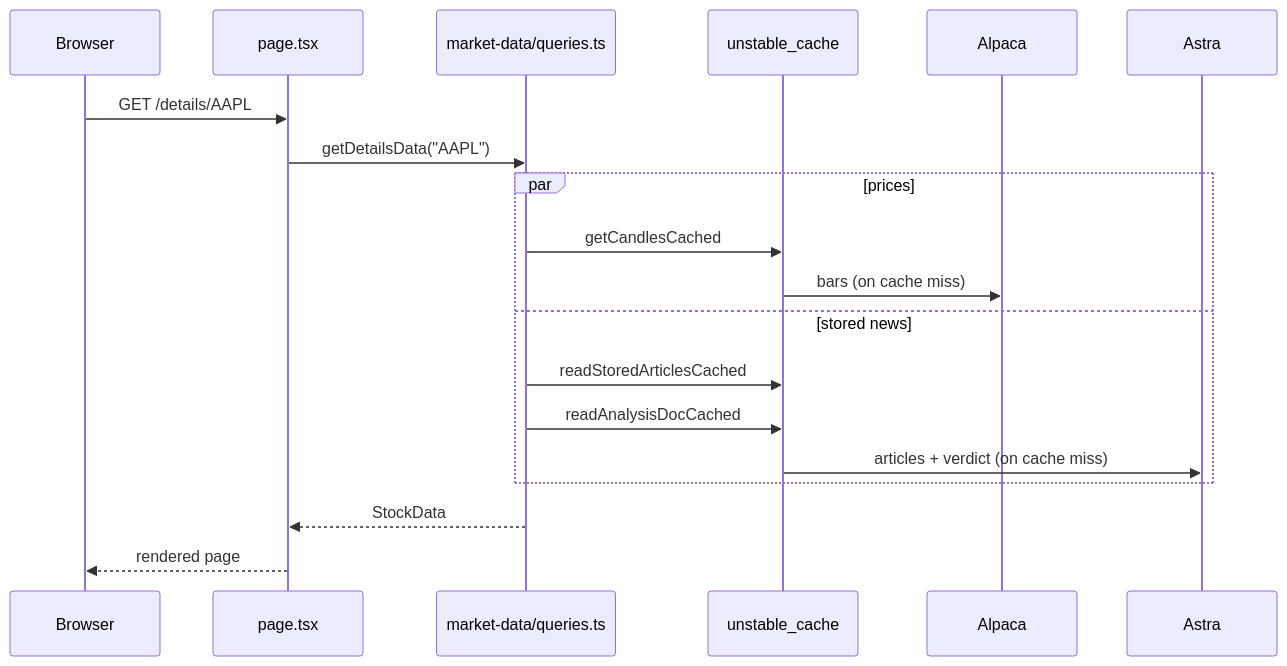
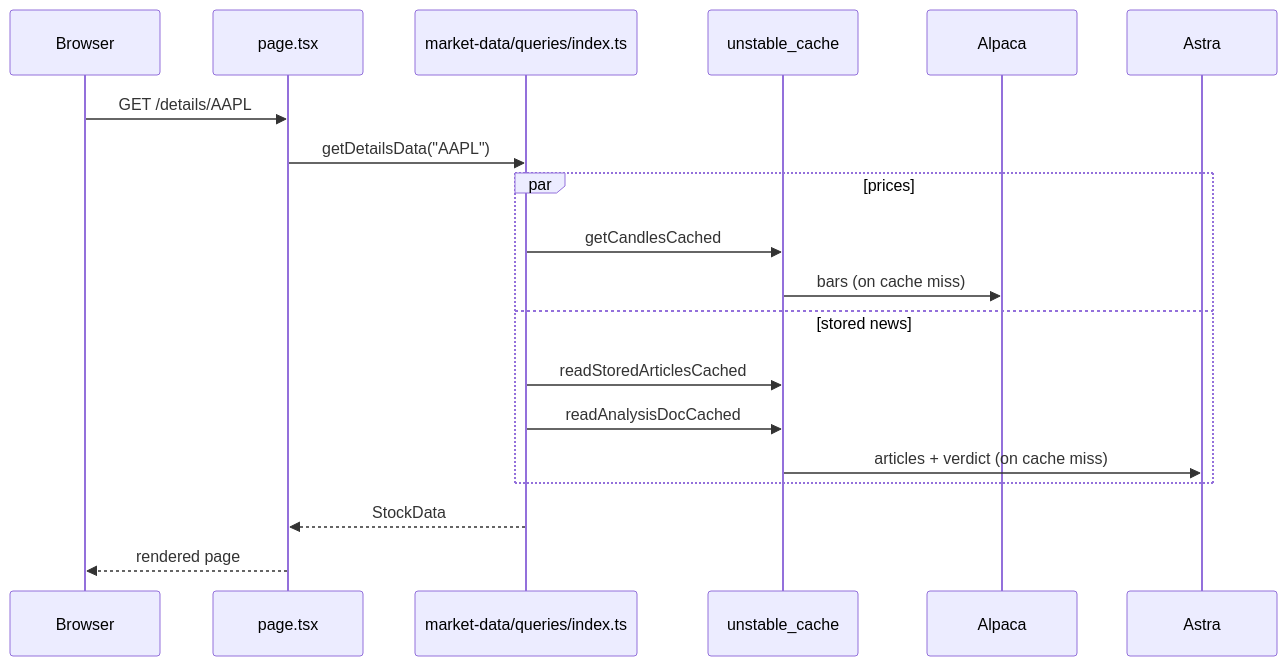
Before and after one commit to HarshitBadam/trade-intel: the second of 3 diagrams in docs/architecture.md, drawn with Mermaid. The commit also changed other lines of this file and 293 other files, not shown here.

````diff
--- a/docs/architecture.md
+++ b/docs/architecture.md
@@ -75,22 +75,22 @@
 ```mermaid
 sequenceDiagram
   participant B as Browser
   participant P as page.tsx
-  participant Q as market-data/queries.ts
+  participant Q as market-data/queries/index.ts
   participant C as unstable_cache
   participant A as Alpaca
   participant D as Astra
 
   B->>P: GET /details/AAPL
   P->>Q: getDetailsData("AAPL")
   par prices
     Q->>C: getCandlesCached
     C->>A: bars (on cache miss)
   and stored news
     Q->>C: readStoredArticlesCached
     Q->>C: readAnalysisDocCached
     C->>D: articles + verdict (on cache miss)
   end
   Q-->>P: StockData
   P-->>B: rendered page
 ```
````
